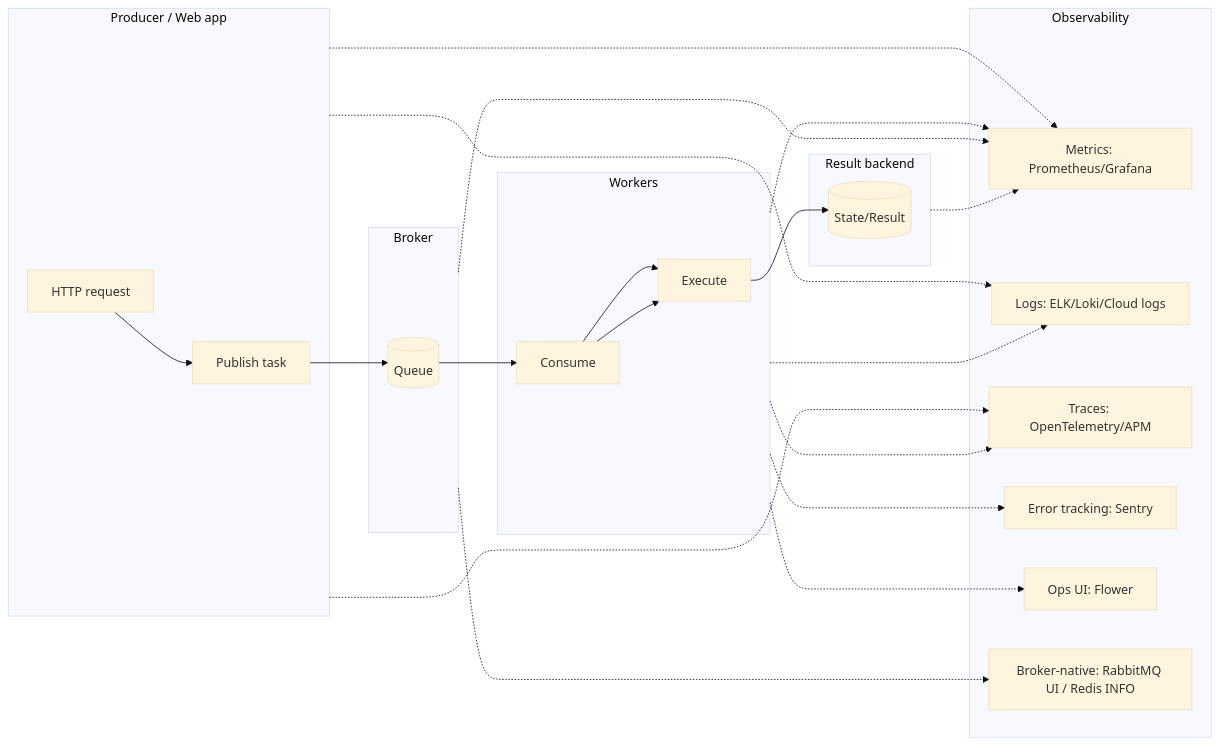
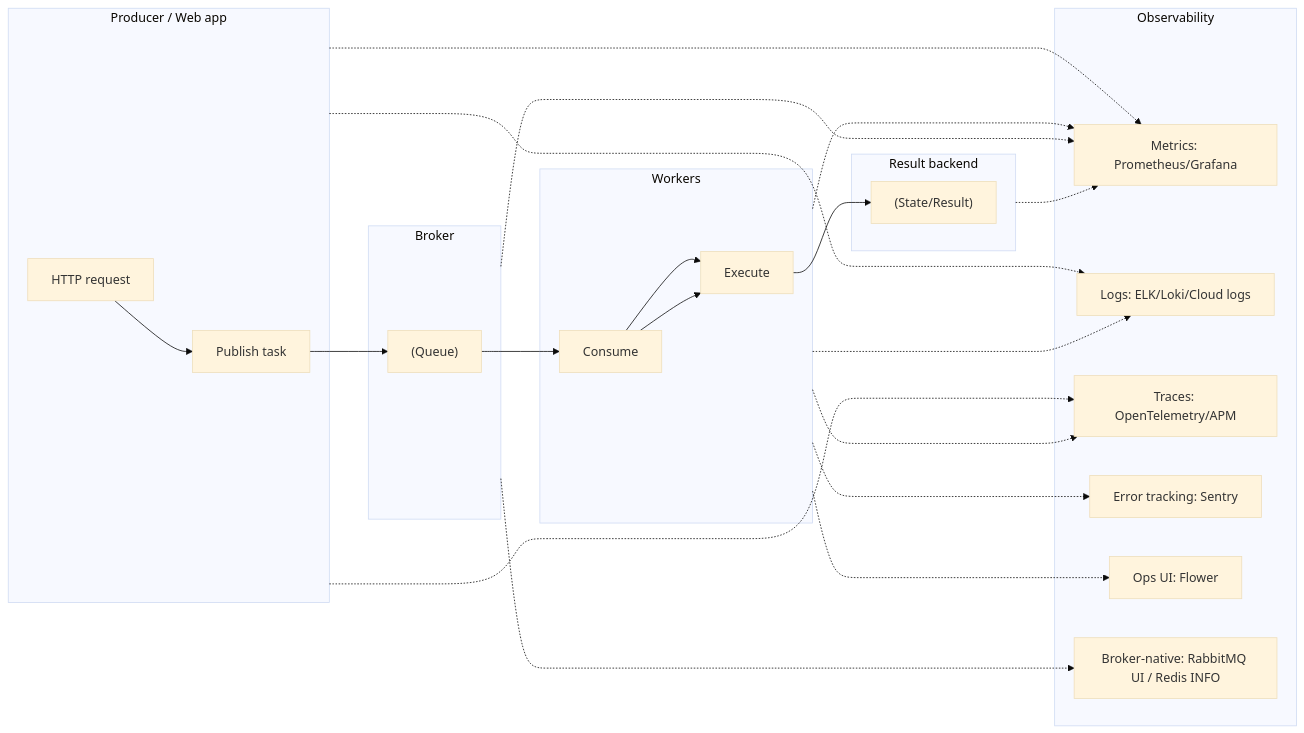
Before and after one commit to DDoSKudya/ai-study-atlas: the diagram in directions/services/celery/pact/14_nablyudaemost_monitoring_i_diagnostika/11_14_14_2_instrumenty_nablyudaemosti.md, drawn with Mermaid (base theme). The commit also changed 322 other files, not shown here.

Commit message:
fix(docs): make mermaid diagrams GitHub-compatible across directions content

````diff
--- a/directions/services/celery/pact/14_nablyudaemost_monitoring_i_diagnostika/11_14_14_2_instrumenty_nablyudaemosti.md
+++ b/directions/services/celery/pact/14_nablyudaemost_monitoring_i_diagnostika/11_14_14_2_instrumenty_nablyudaemosti.md
@@ -33,41 +33,41 @@
 ```mermaid
 flowchart LR
-  subgraph App[Producer / Web app]
-    A[HTTP request] --> B[Publish task]
+  subgraph App["Producer / Web app"]
+    A["HTTP request"] --> B["Publish task"]
   end
 
-  subgraph Broker[Broker]
-    Q[(Queue)]
+  subgraph Broker["Broker"]
+    Q["(Queue)"]
   end
 
-  subgraph Worker[Workers]
-    C[Consume] --> D[Execute]
+  subgraph Worker["Workers"]
+    C["Consume"] --> D["Execute"]
   end
 
-  subgraph Backend[Result backend]
-    R[(State/Result)]
+  subgraph Backend["Result backend"]
+    R["(State/Result)"]
   end
 
   B --> Q --> C --> D --> R
 
-  subgraph Obs[Observability]
-    M[Metrics: Prometheus/Grafana]
-    L[Logs: ELK/Loki/Cloud logs]
-    T[Traces: OpenTelemetry/APM]
-    E[Error tracking: Sentry]
-    F[Ops UI: Flower]
-    BN[Broker-native: RabbitMQ UI / Redis INFO]
+  subgraph Obs["Observability"]
+    M["Metrics: Prometheus/Grafana"]
+    L["Logs: ELK/Loki/Cloud logs"]
+    T["Traces: OpenTelemetry/APM"]
+    E["Error tracking: Sentry"]
+    F["Ops UI: Flower"]
+    BN["Broker-native: RabbitMQ UI / Redis INFO"]
   end
 
   App -.-> L
   Worker -.-> L
   App -.-> T
   Worker -.-> T
   Broker -.-> BN
   Worker -.-> F
   App -.-> M
   Worker -.-> M
   Broker -.-> M
   Backend -.-> M
   Worker -.-> E
 ```
````
